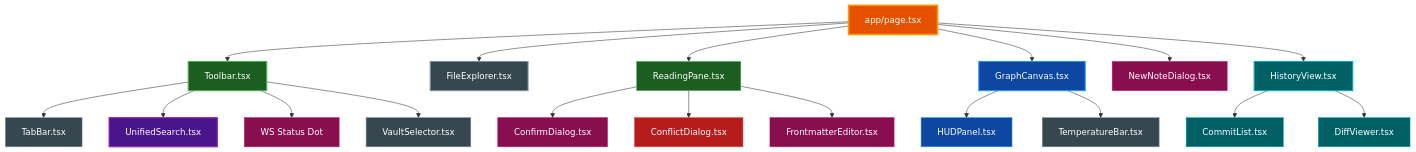
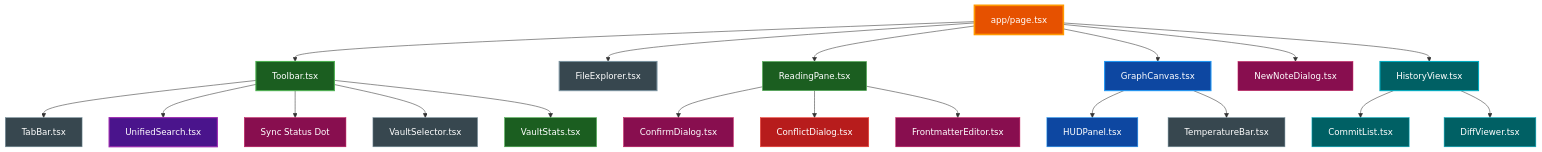
Before and after one commit to paulrobello/parsidion: the second of 4 diagrams in docs/VISUALIZER.md, drawn with Mermaid. The commit also changed other lines of this file and 7 other files, not shown here.

````diff
--- a/docs/VISUALIZER.md
+++ b/docs/VISUALIZER.md
@@ -141,58 +142,61 @@
 ```mermaid
 graph TD
     Page[app/page.tsx]
     Toolbar[Toolbar.tsx]
     TabBar[TabBar.tsx]
     Search[UnifiedSearch.tsx]
-    WsIndicator[WS Status Dot]
+    WsIndicator[Sync Status Dot]
     VaultSel[VaultSelector.tsx]
+    VaultStats[VaultStats.tsx]
     Sidebar[FileExplorer.tsx]
     ReadPane[ReadingPane.tsx]
     GraphCanvas[GraphCanvas.tsx]
     HUD[HUDPanel.tsx]
     TempBar[TemperatureBar.tsx]
     NewNote[NewNoteDialog.tsx]
     Confirm[ConfirmDialog.tsx]
     Conflict[ConflictDialog.tsx]
     FmEditor[FrontmatterEditor.tsx]
     HistView[HistoryView.tsx]
     CommitList[CommitList.tsx]
     DiffViewer[DiffViewer.tsx]
 
     Page --> Toolbar
     Toolbar --> TabBar
     Toolbar --> Search
     Toolbar --> WsIndicator
     Toolbar --> VaultSel
+    Toolbar --> VaultStats
     Page --> Sidebar
     Page --> ReadPane
     Page --> GraphCanvas
     Page --> NewNote
     Page --> HistView
     ReadPane --> Confirm
     ReadPane --> Conflict
     ReadPane --> FmEditor
     GraphCanvas --> HUD
     GraphCanvas --> TempBar
     HistView --> CommitList
     HistView --> DiffViewer
 
     style Page fill:#e65100,stroke:#ff9800,stroke-width:3px,color:#ffffff
     style Toolbar fill:#1b5e20,stroke:#4caf50,stroke-width:2px,color:#ffffff
     style GraphCanvas fill:#0d47a1,stroke:#2196f3,stroke-width:2px,color:#ffffff
     style HUD fill:#0d47a1,stroke:#2196f3,stroke-width:1px,color:#ffffff
     style Sidebar fill:#37474f,stroke:#78909c,stroke-width:2px,color:#ffffff
     style ReadPane fill:#1b5e20,stroke:#4caf50,stroke-width:1px,color:#ffffff
     style TabBar fill:#37474f,stroke:#78909c,stroke-width:1px,color:#ffffff
     style Search fill:#4a148c,stroke:#9c27b0,stroke-width:2px,color:#ffffff
     style WsIndicator fill:#880e4f,stroke:#c2185b,stroke-width:1px,color:#ffffff
     style VaultSel fill:#37474f,stroke:#78909c,stroke-width:1px,color:#ffffff
+    style VaultStats fill:#1b5e20,stroke:#4caf50,stroke-width:1px,color:#ffffff
     style TempBar fill:#37474f,stroke:#78909c,stroke-width:1px,color:#ffffff
     style NewNote fill:#880e4f,stroke:#c2185b,stroke-width:1px,color:#ffffff
     style Confirm fill:#880e4f,stroke:#c2185b,stroke-width:1px,color:#ffffff
     style Conflict fill:#b71c1c,stroke:#f44336,stroke-width:1px,color:#ffffff
     style FmEditor fill:#880e4f,stroke:#c2185b,stroke-width:1px,color:#ffffff
     style HistView fill:#006064,stroke:#00acc1,stroke-width:2px,color:#ffffff
     style CommitList fill:#006064,stroke:#00acc1,stroke-width:1px,color:#ffffff
     style DiffViewer fill:#006064,stroke:#00acc1,stroke-width:1px,color:#ffffff
 ```
````
